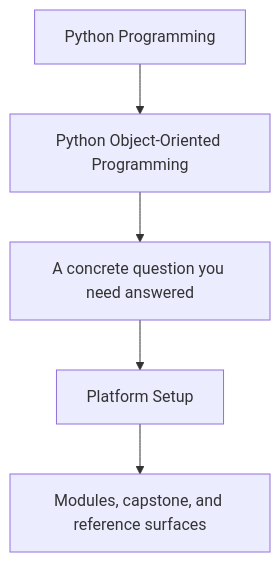
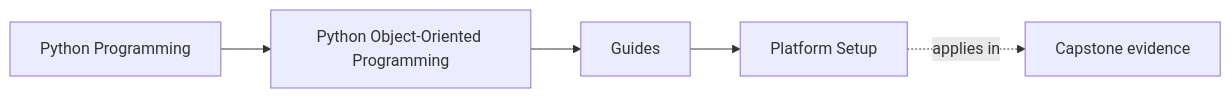
One commit to bijux/bijux-masterclass changed the first of 2 diagrams in programs/python-programming/python-object-oriented-programming/course-book/guides/platform-setup.md. Above: the diagram before and after it, drawn with Mermaid. The commit also changed other lines of this file and 65 other files, not shown here.

Commit message:
docs(python-object-oriented-programming): map object model and design foundations

````diff
--- a/programs/python-programming/python-object-oriented-programming/course-book/guides/platform-setup.md
+++ b/programs/python-programming/python-object-oriented-programming/course-book/guides/platform-setup.md
@@ -6,7 +6,11 @@
 ```mermaid
-flowchart TD
-  family["Python Programming"] --> program["Python Object-Oriented Programming"]
-  program --> pressure["A concrete question you need answered"]
-  pressure --> guide["Platform Setup"]
-  guide --> next["Modules, capstone, and reference surfaces"]
+graph LR
+  family["Python Programming"]
+  program["Python Object-Oriented Programming"]
+  section["Guides"]
+  page["Platform Setup"]
+  capstone["Capstone evidence"]
+
+  family --> program --> section --> page
+  page -.applies in.-> capstone
 ```
````
